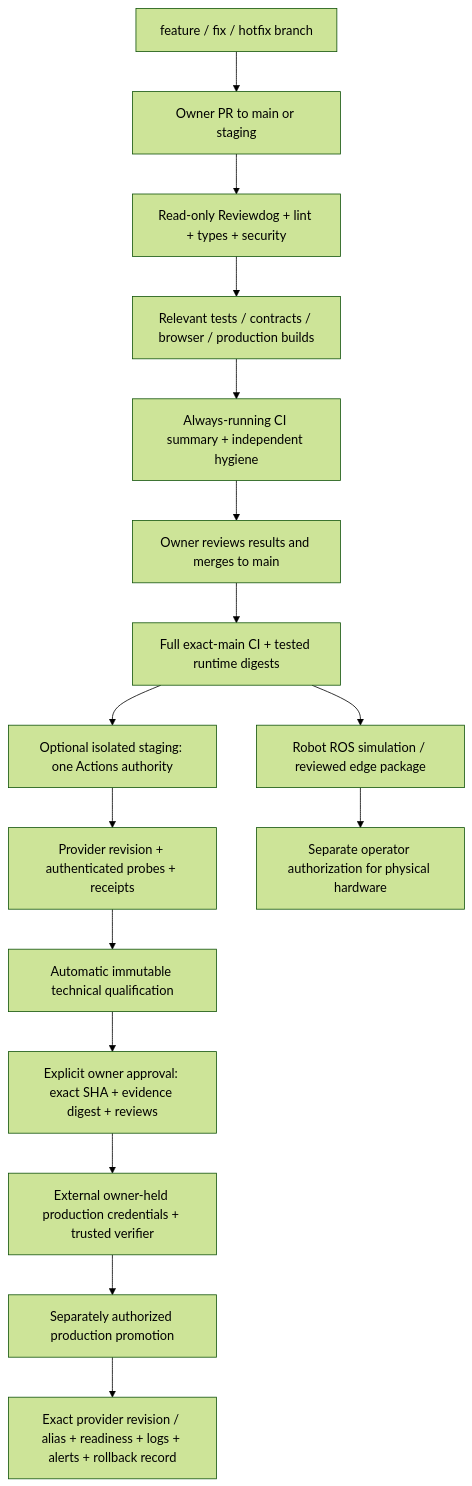
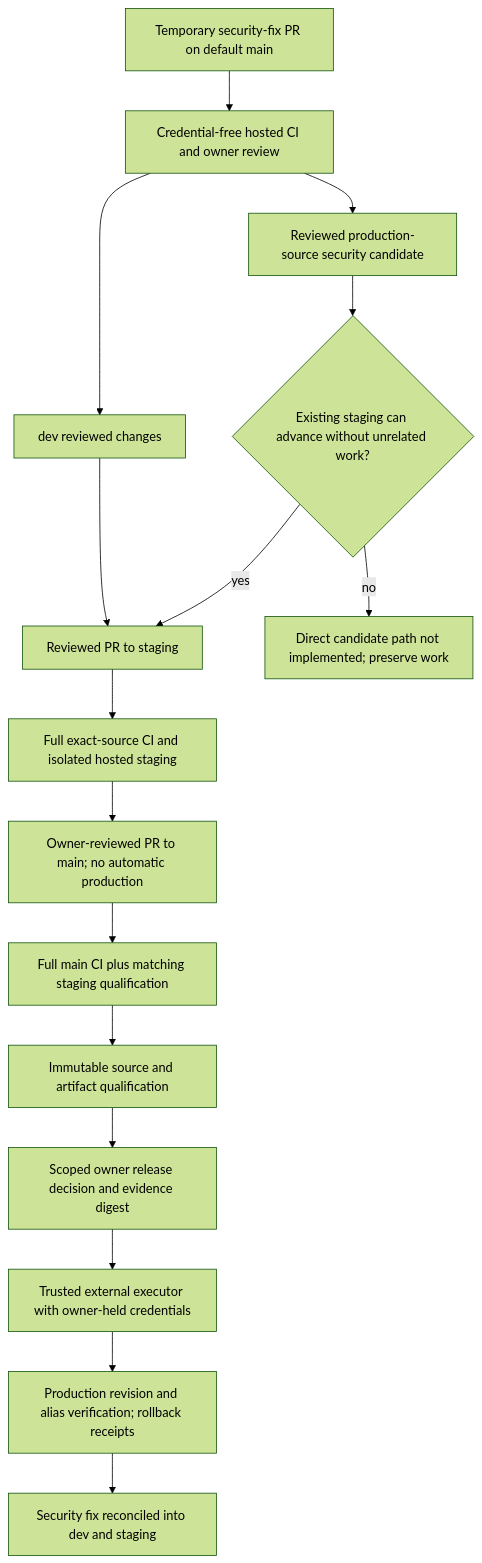
The diagram in docs/engineering/CI_CD.md (DruHustle/onesa-ai-platform), drawn with Mermaid (forest theme) before and after one commit. The commit also changed other lines of this file and 11 other files, not shown here.

Commit message:
Align reviewed security fixes with permanent branch release policy

````diff
--- a/docs/engineering/CI_CD.md
+++ b/docs/engineering/CI_CD.md
@@ -11,18 +61,18 @@
 ```mermaid
 flowchart TD
-  F[feature / fix / hotfix branch] --> PR[Owner PR to main or staging]
-  PR --> R[Read-only Reviewdog + lint + types + security]
-  R --> T[Relevant tests / contracts / browser / production builds]
-  T --> S[Always-running CI summary + independent hygiene]
-  S --> M[Owner reviews results and merges to main]
-  M --> C[Full exact-main CI + tested runtime digests]
-  C --> P[Optional isolated staging: one Actions authority]
-  P --> V[Provider revision + authenticated probes + receipts]
-  V --> Q[Automatic immutable technical qualification]
-  Q --> A[Explicit owner approval: exact SHA + evidence digest + reviews]
-  A --> X[External owner-held production credentials + trusted verifier]
-  X --> D[Separately authorized production promotion]
-  D --> O[Exact provider revision / alias + readiness + logs + alerts + rollback record]
-  C --> E[Robot ROS simulation / reviewed edge package]
-  E --> H[Separate operator authorization for physical hardware]
+  Dev[dev reviewed changes] --> Stage[Reviewed PR to staging]
+  Bot[Temporary security-fix PR on default main] --> Review[Credential-free hosted CI and owner review]
+  Review --> Dev
+  Review --> Urgent[Reviewed production-source security candidate]
+  Urgent --> Feasible{Existing staging can advance without unrelated work?}
+  Feasible -->|yes| Stage
+  Feasible -->|no| Block[Direct candidate path not implemented; preserve work]
+  Stage --> CI[Full exact-source CI and isolated hosted staging]
+  CI --> Main[Owner-reviewed PR to main; no automatic production]
+  Main --> Exact[Full main CI plus matching staging qualification]
+  Exact --> Evidence[Immutable source and artifact qualification]
+  Evidence --> Owner[Scoped owner release decision and evidence digest]
+  Owner --> External[Trusted external executor with owner-held credentials]
+  External --> Prod[Production revision and alias verification; rollback receipts]
+  Prod --> Reconcile[Security fix reconciled into dev and staging]
 ```
````
